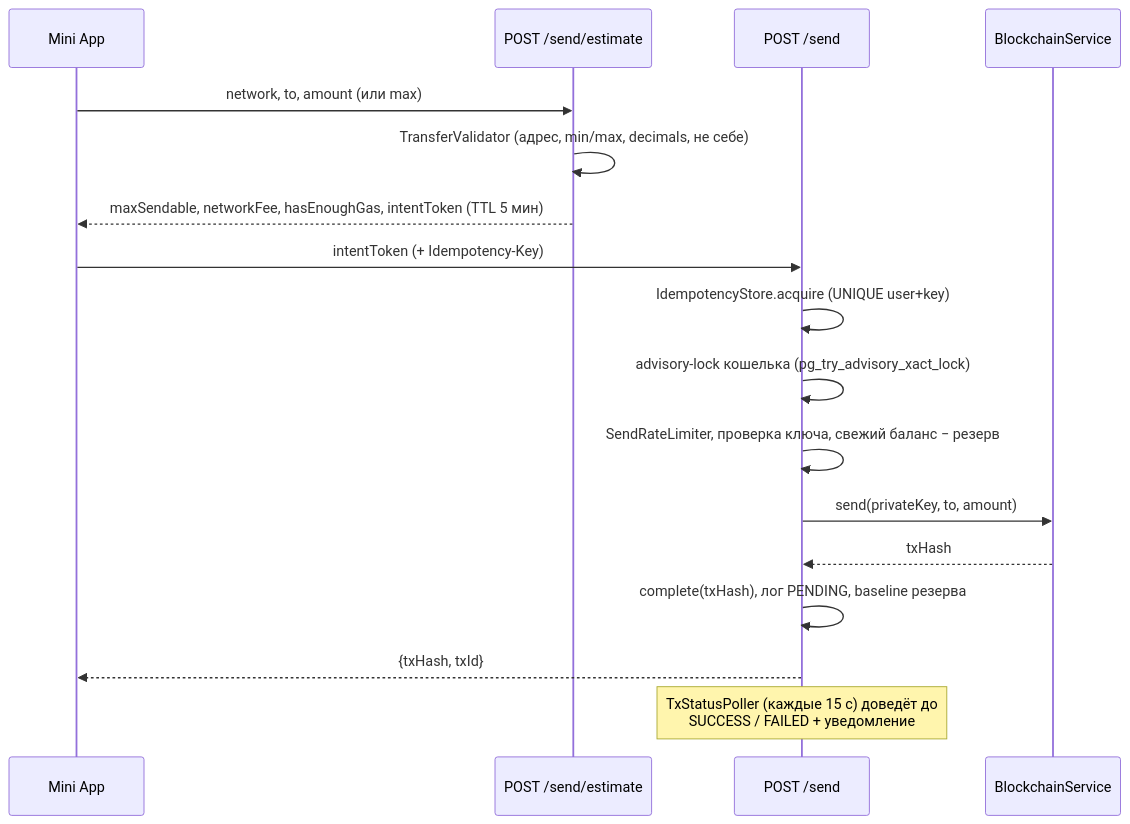
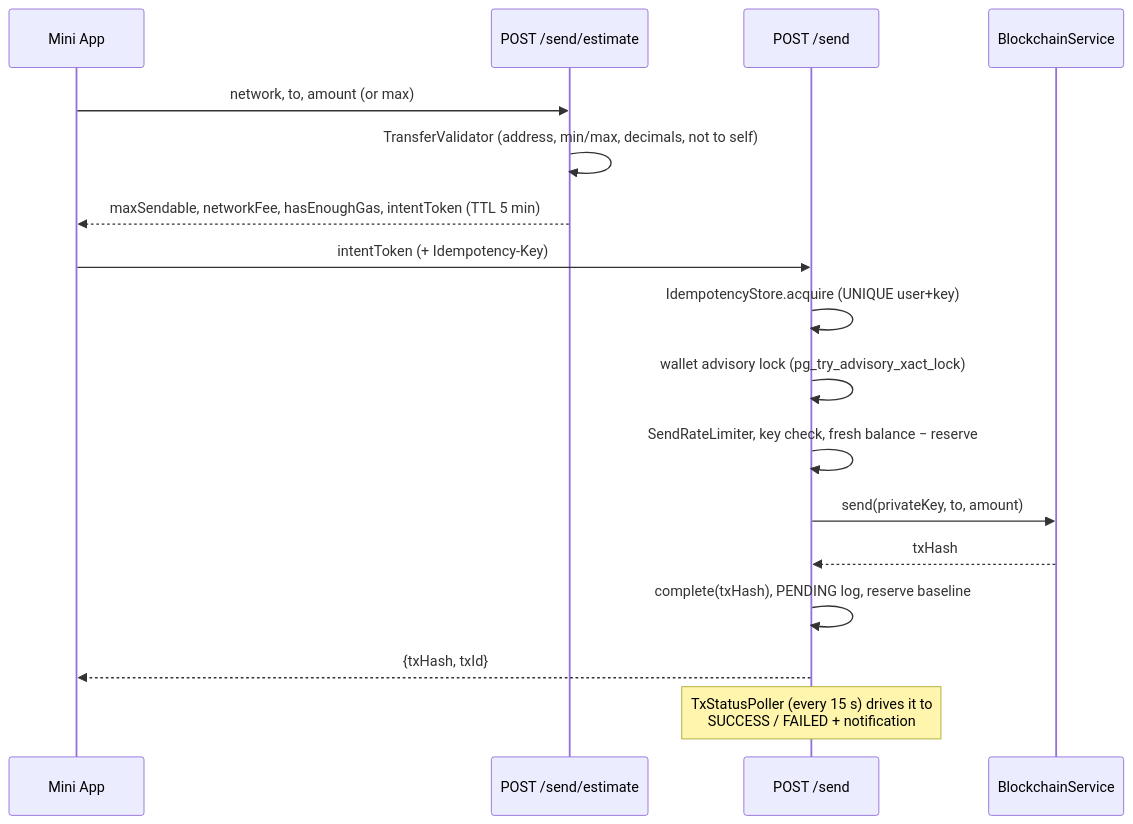
One commit to samveldarbinyann/wallet-bot changed the third of 5 diagrams in DOCUMENTATION.md. Above: the diagram before and after it, drawn with Mermaid. The commit also changed other lines of this file and 4 other files, not shown here.

````diff
--- a/DOCUMENTATION.md
+++ b/DOCUMENTATION.md
@@ -494,20 +503,20 @@
 ```mermaid
 sequenceDiagram
     participant C as Mini App
     participant E as POST /send/estimate
     participant S as POST /send
     participant B as BlockchainService
 
-    C->>E: network, to, amount (или max)
-    E->>E: TransferValidator (адрес, min/max, decimals, не себе)
-    E-->>C: maxSendable, networkFee, hasEnoughGas, intentToken (TTL 5 мин)
+    C->>E: network, to, amount (or max)
+    E->>E: TransferValidator (address, min/max, decimals, not to self)
+    E-->>C: maxSendable, networkFee, hasEnoughGas, intentToken (TTL 5 min)
     C->>S: intentToken (+ Idempotency-Key)
     S->>S: IdempotencyStore.acquire (UNIQUE user+key)
-    S->>S: advisory-lock кошелька (pg_try_advisory_xact_lock)
-    S->>S: SendRateLimiter, проверка ключа, свежий баланс − резерв
+    S->>S: wallet advisory lock (pg_try_advisory_xact_lock)
+    S->>S: SendRateLimiter, key check, fresh balance − reserve
     S->>B: send(privateKey, to, amount)
     B-->>S: txHash
-    S->>S: complete(txHash), лог PENDING, baseline резерва
+    S->>S: complete(txHash), PENDING log, reserve baseline
     S-->>C: {txHash, txId}
-    Note over S: TxStatusPoller (каждые 15 с) доведёт до<br/>SUCCESS / FAILED + уведомление
+    Note over S: TxStatusPoller (every 15 s) drives it to<br/>SUCCESS / FAILED + notification
 ```
````
